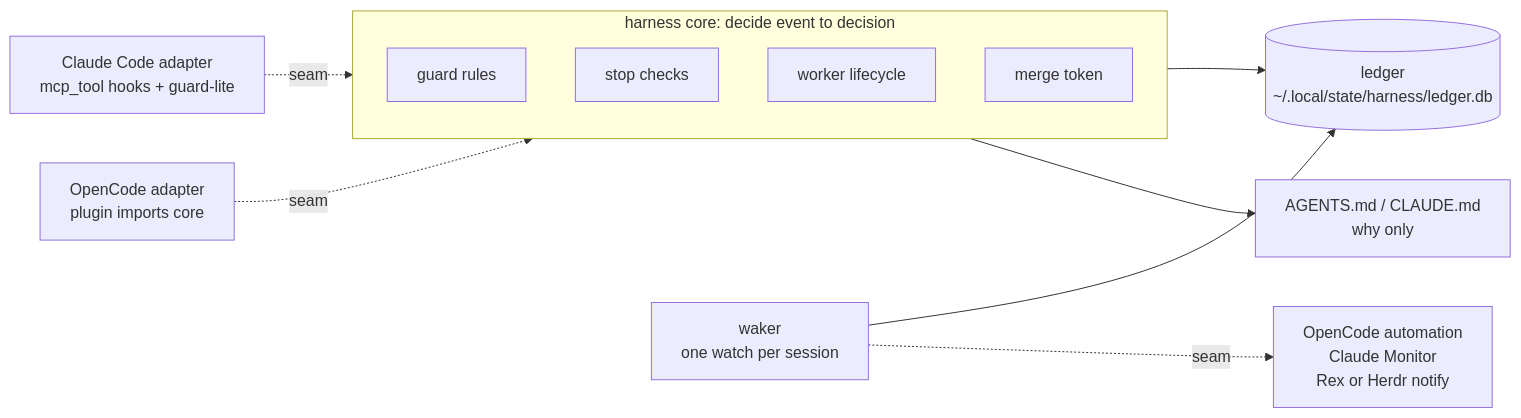
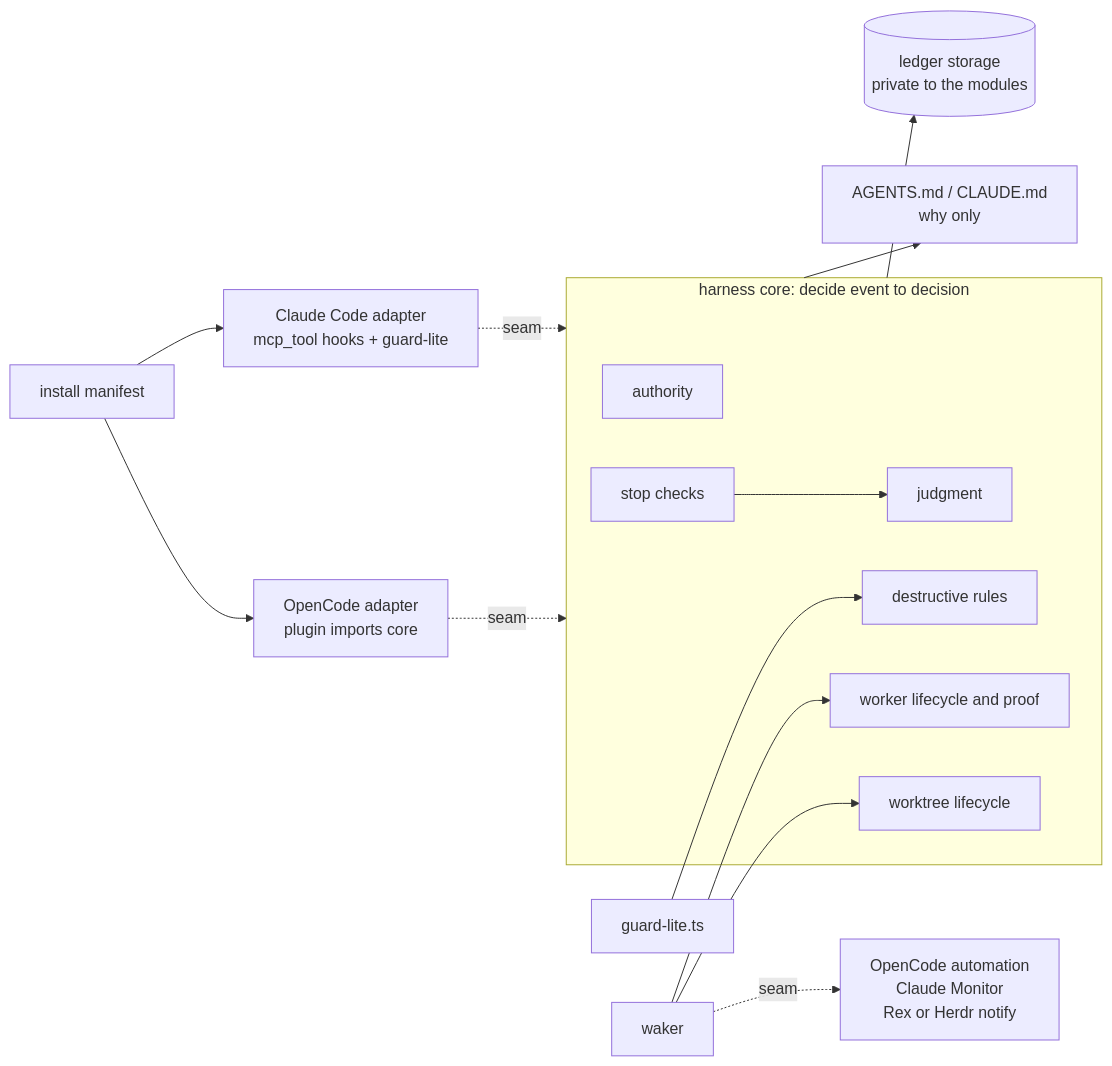
Before and after one commit to acastro2/alex-skills: the first of 5 diagrams in docs/specs/harness-evolution.md, drawn with Mermaid. The commit also changed other lines of this file, not shown here.

First line of the commit message:
docs(specs): fold architecture review 2 into the harness plan (D49-D53)

````diff
--- a/docs/specs/harness-evolution.md
+++ b/docs/specs/harness-evolution.md
@@ -49,15 +49,22 @@
 ```mermaid
 flowchart LR
+  MF[install manifest] --> CC
+  MF --> OC
   CC[Claude Code adapter<br/>mcp_tool hooks + guard-lite] -. seam .-> CORE
   OC[OpenCode adapter<br/>plugin imports core] -. seam .-> CORE
   subgraph CORE[harness core: decide event to decision]
-    G[guard rules]
-    S[stop checks]
-    W[worker lifecycle]
-    T[merge token]
+    AU[authority]
+    DR[destructive rules]
+    ST[stop checks]
+    WL[worker lifecycle and proof]
+    WT[worktree lifecycle]
+    JU[judgment]
   end
-  CORE --> L[(ledger<br/>~/.local/state/harness/ledger.db)]
-  K[waker<br/>one watch per session] --> L
+  ST --> JU
+  GL[guard-lite.ts] --> DR
+  CORE --> L[(ledger storage<br/>private to the modules)]
+  K[waker] --> WL
+  K --> WT
   K -. seam .-> KA[OpenCode automation<br/>Claude Monitor<br/>Rex or Herdr notify]
   CORE --> P[AGENTS.md / CLAUDE.md<br/>why only]
 ```
````
